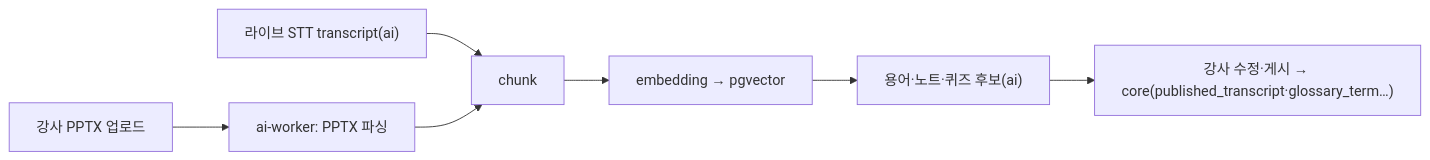
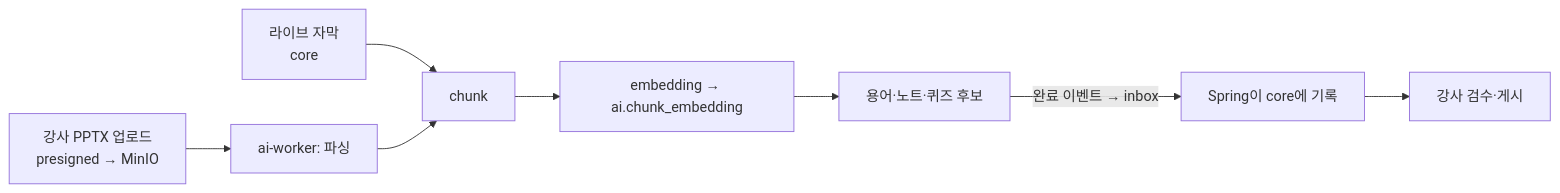
One commit to thdwjdrl401/jiphyeonjeon changed the fifth of 7 diagrams in docs/ARCHITECTURE.md. Above: the diagram before and after it, drawn with Mermaid. The commit also changed other lines of this file, not shown here.

````diff
--- a/docs/ARCHITECTURE.md
+++ b/docs/ARCHITECTURE.md
@@ -123,9 +232,10 @@
 ```mermaid
 flowchart LR
-  ST["라이브 STT transcript(ai)"] --> CH["chunk"]
-  M["강사 PPTX 업로드"] --> MP["ai-worker: PPTX 파싱"]
+  ST["라이브 자막<br/>core"] --> CH["chunk"]
+  M["강사 PPTX 업로드<br/>presigned → MinIO"] --> MP["ai-worker: 파싱"]
   MP --> CH
-  CH --> EM["embedding → pgvector"]
-  EM --> CAND["용어·노트·퀴즈 후보(ai)"]
-  CAND --> REV["강사 수정·게시 → core(published_transcript·glossary_term…)"]
+  CH --> EM["embedding → ai.chunk_embedding"]
+  EM --> CAND["용어·노트·퀴즈 후보"]
+  CAND -->|"완료 이벤트 → inbox"| CORE["Spring이 core에 기록"]
+  CORE --> REV["강사 검수·게시"]
 ```
````
